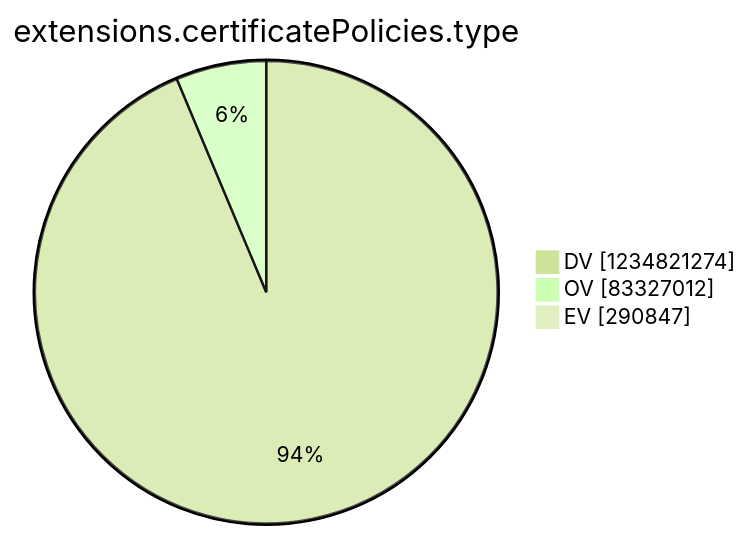
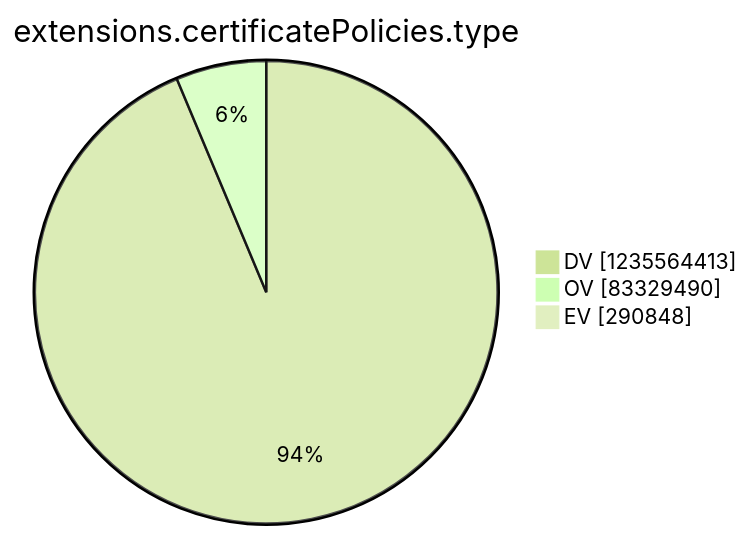
Before and after one commit to christiankrug/ctmonitor_visualization: the tenth of 15 diagrams in argon2022/README.md, drawn with Mermaid (forest theme). The commit also changed other lines of this file, not shown here.

````diff
--- a/argon2022/README.md
+++ b/argon2022/README.md
@@ -2770,7 +2770,7 @@
 ```mermaid
 pie showData
 title extensions.certificatePolicies.type
-"DV" :1234821274
-"OV" :83327012
-"EV" :290847
+"DV" :1235564413
+"OV" :83329490
+"EV" :290848
 ```
````
